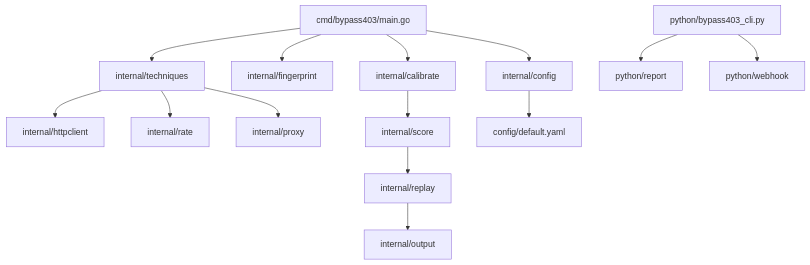
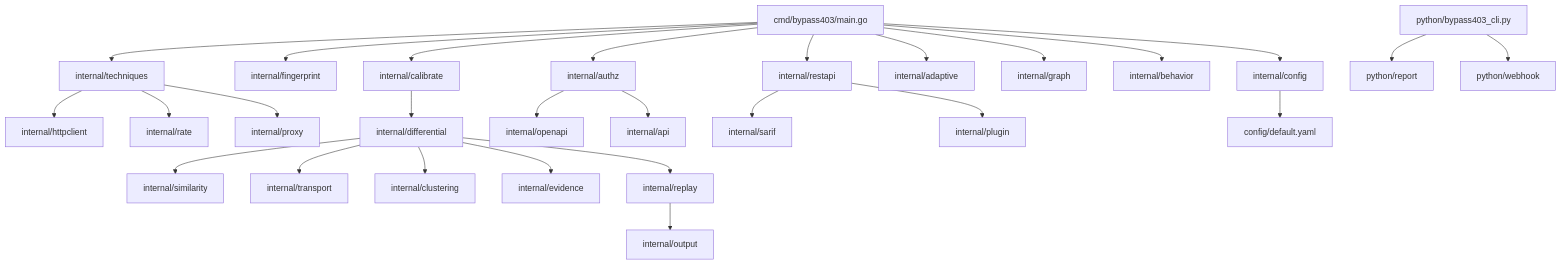
One commit to gl1tch0x1/YourWAFSucks changed the second of 3 diagrams in README.md. Above: the diagram before and after it, drawn with Mermaid. The commit also changed other lines of this file and 60 other files, not shown here.

````diff
--- a/README.md
+++ b/README.md
@@ -76,16 +101,29 @@
 ```mermaid
 graph TD
     A[cmd/bypass403/main.go] --> B[internal/config]
     A --> C[internal/fingerprint]
     A --> D[internal/calibrate]
     A --> E[internal/techniques]
     E --> F[internal/httpclient]
     E --> G[internal/rate]
     E --> H[internal/proxy]
-    D --> I[internal/score]
-    I --> J[internal/replay]
-    J --> K[internal/output]
-    B --> L[config/default.yaml]
-    M[python/bypass403_cli.py] --> N[python/report]
-    M --> O[python/webhook]
+    D --> I[internal/differential]
+    I --> J[internal/similarity]
+    I --> K[internal/transport]
+    I --> L[internal/clustering]
+    I --> M[internal/evidence]
+    I --> N[internal/replay]
+    N --> O[internal/output]
+    A --> P[internal/authz]
+    P --> Q[internal/openapi]
+    P --> R[internal/api]
+    A --> S[internal/adaptive]
+    A --> T[internal/graph]
+    A --> U[internal/behavior]
+    A --> V[internal/restapi]
+    V --> W[internal/sarif]
+    V --> X[internal/plugin]
+    B --> Y[config/default.yaml]
+    Z[python/bypass403_cli.py] --> AA[python/report]
+    Z --> AB[python/webhook]
 ```
````
